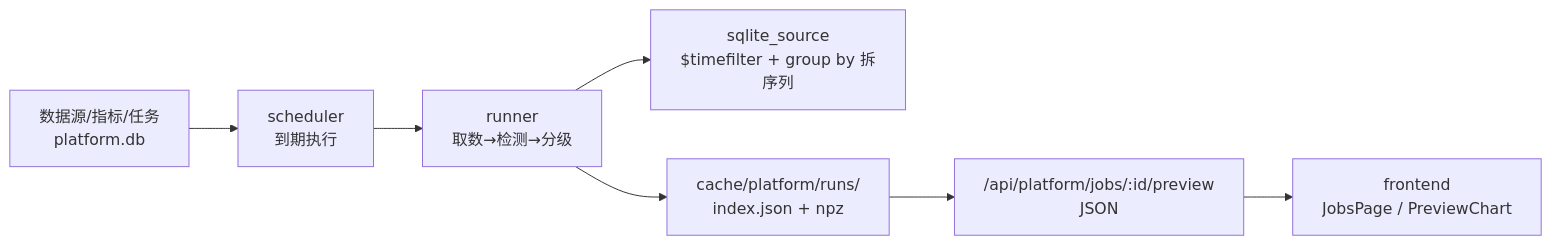
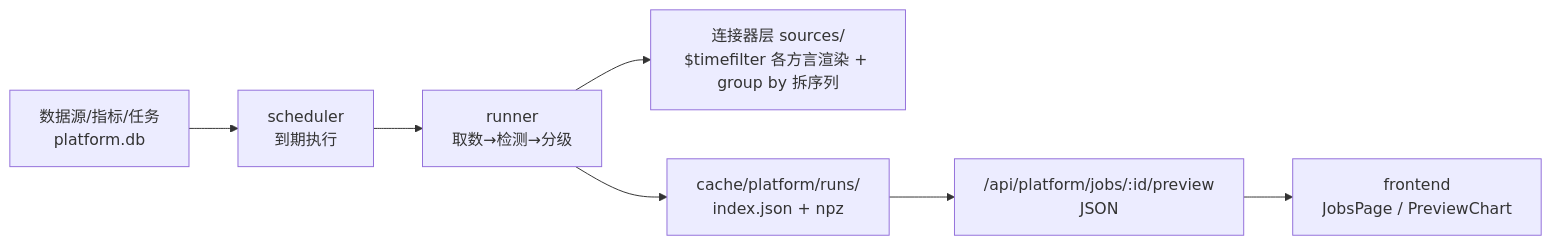
Before and after one commit to RiverWind1024/anomaly-lab: the second of 3 diagrams in docs/ARCHITECTURE.md, drawn with Mermaid. The commit also changed other lines of this file and 3 other files, not shown here.

````diff
--- a/docs/ARCHITECTURE.md
+++ b/docs/ARCHITECTURE.md
@@ -68,9 +69,9 @@
 ```mermaid
 flowchart LR
   CFG[数据源/指标/任务<br/>platform.db] --> SCH[scheduler<br/>到期执行]
   SCH --> RUN[runner<br/>取数→检测→分级]
-  RUN --> SRC[sqlite_source<br/>$timefilter + group by 拆序列]
+  RUN --> SRC[连接器层 sources/<br/>$timefilter 各方言渲染 + group by 拆序列]
   RUN --> NPZ[cache/platform/runs/<run_id><br/>index.json + npz]
   NPZ --> API["/api/platform/jobs/:id/preview<br/>JSON"]
   API --> UI[frontend<br/>JobsPage / PreviewChart]
 ```
````
